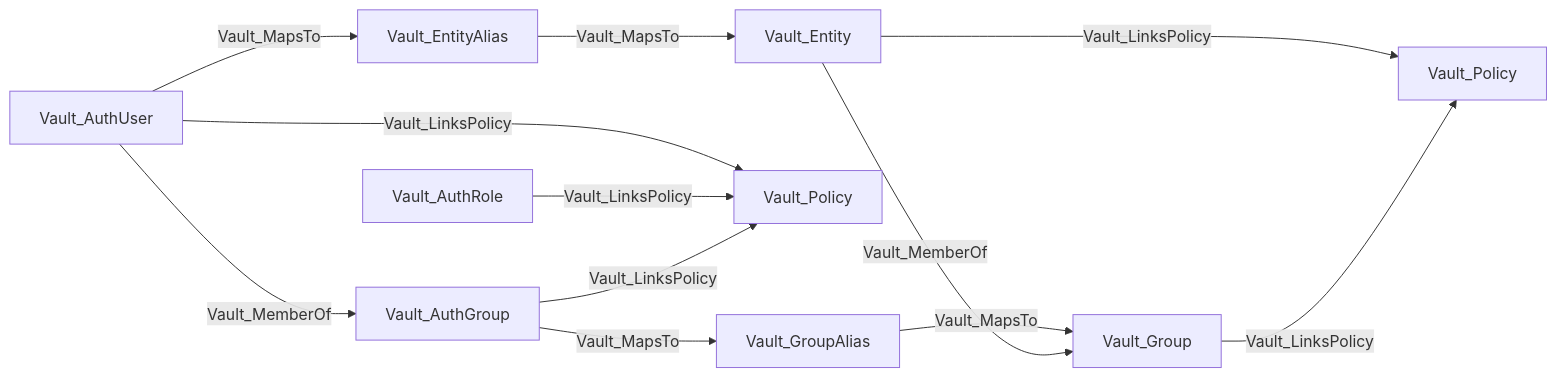
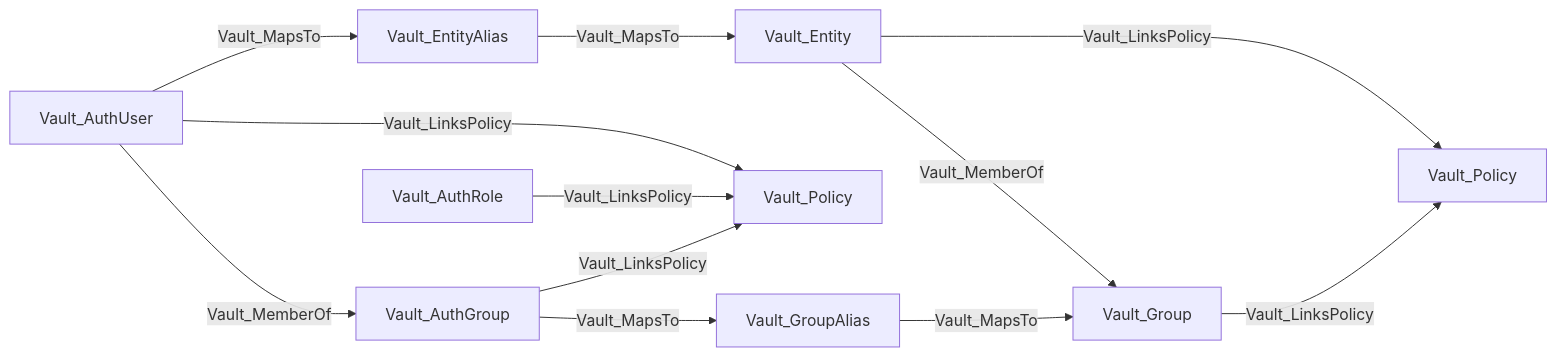
One commit to bytewreck/opengraph-vault changed the third of 28 diagrams in Documentation/stores/AUTH.md. Above: the diagram before and after it, drawn with Mermaid.

````diff
--- a/Documentation/stores/AUTH.md
+++ b/Documentation/stores/AUTH.md
@@ -141,14 +141,14 @@
 ```mermaid
 flowchart LR
     AU[Vault_AuthUser] -->|Vault_MapsTo| EA[Vault_EntityAlias]
     EA -->|Vault_MapsTo| VE[Vault_Entity]
     AU -->|Vault_LinksPolicy| P1[Vault_Policy]
     AR[Vault_AuthRole] -->|Vault_LinksPolicy| P1
     AG[Vault_AuthGroup] -->|Vault_MapsTo| GA[Vault_GroupAlias]
-    GA -->|Vault_MapsTo| VG[Vault_Group]
+    VE -->|Vault_MemberOf| VG[Vault_Group]
+    GA -->|Vault_MapsTo| VG
     AG -->|Vault_LinksPolicy| P1
     VE -->|Vault_LinksPolicy| P2[Vault_Policy]
     VG -->|Vault_LinksPolicy| P2
     AU -->|Vault_MemberOf| AG
-    VE -->|Vault_MemberOf| VG
 ```
````
